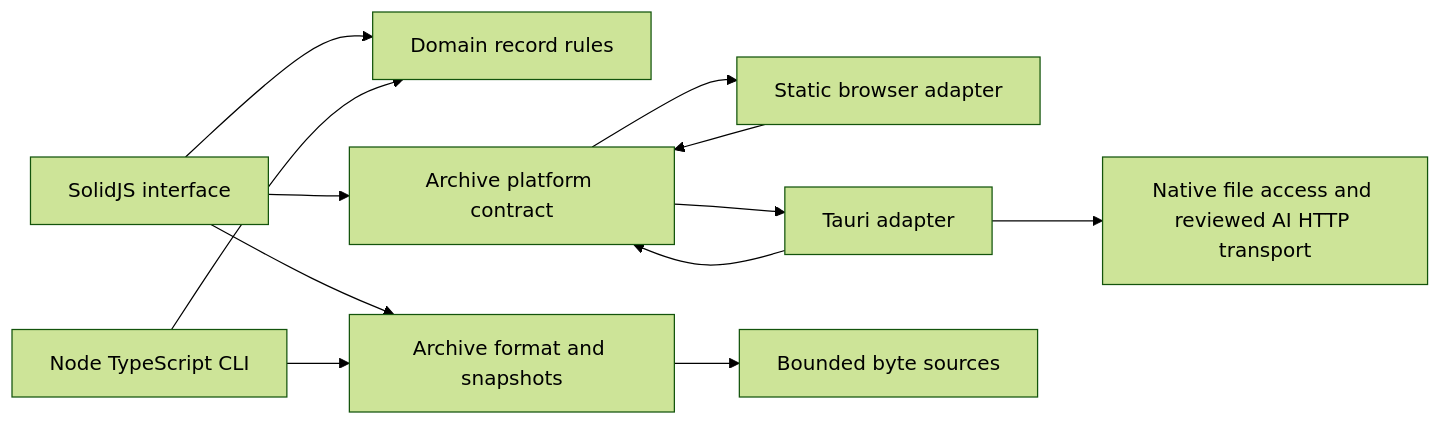
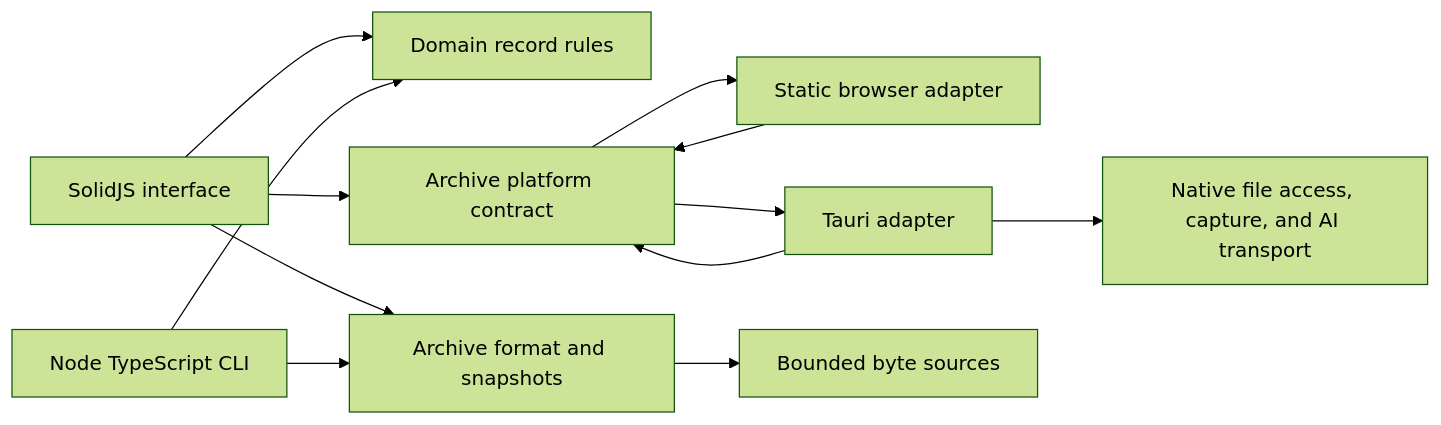
Before and after one commit to richie-rich90454/tutorux: the diagram in docs/ARCHITECTURE.md, drawn with Mermaid (forest theme). The commit also changed other lines of this file, not shown here.

First line of the commit message:
docs: describe the current TypeScript and Tauri architecture

````diff
--- a/docs/ARCHITECTURE.md
+++ b/docs/ARCHITECTURE.md
@@ -5,14 +5,14 @@
 ```mermaid
 flowchart LR
   UI[SolidJS interface] --> DOMAIN[Domain record rules]
   UI --> ARCH[Archive format and snapshots]
   UI --> PORT[Archive platform contract]
   CLI[Node TypeScript CLI] --> DOMAIN
   CLI --> ARCH
   WEB[Static browser adapter] --> PORT
   DESKTOP[Tauri adapter] --> PORT
   PORT --> WEB
   PORT --> DESKTOP
-  DESKTOP --> RUST[Native file access and reviewed AI HTTP transport]
+  DESKTOP --> RUST[Native file access, capture, and AI transport]
   ARCH --> SOURCE[Bounded byte sources]
 ```
````
